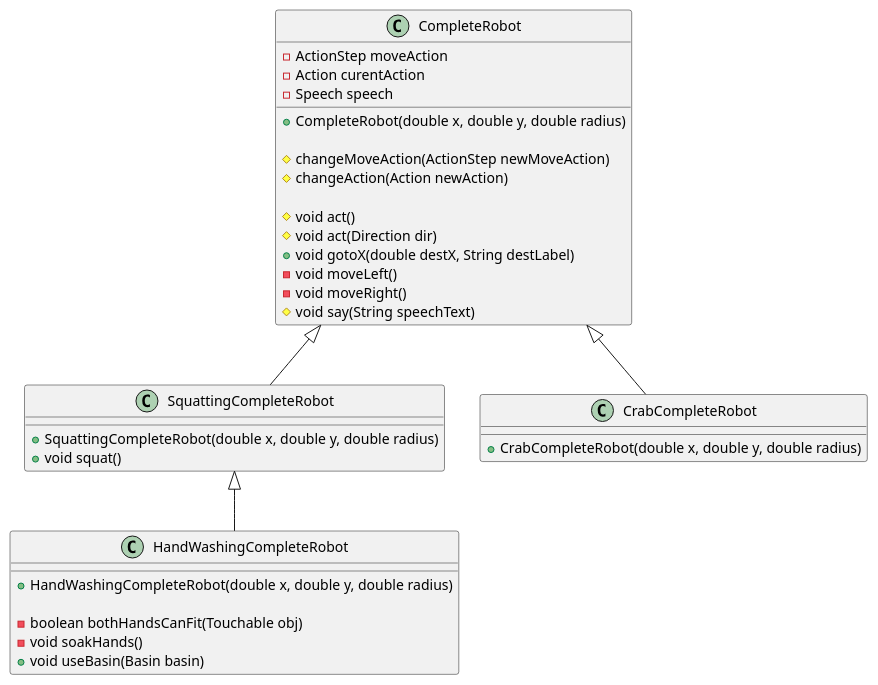
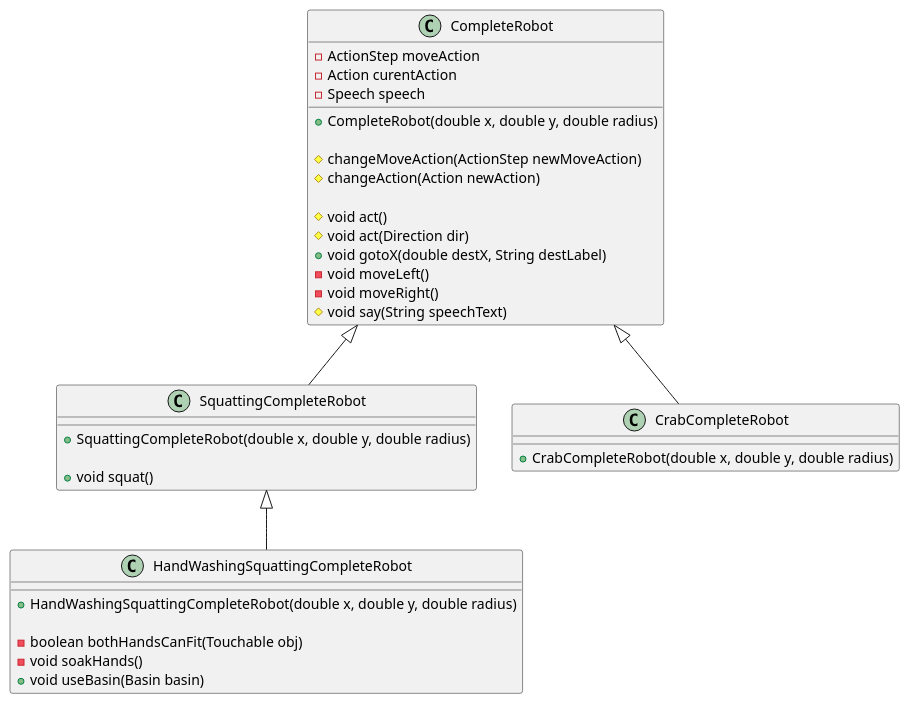
Before and after one commit to wafibismail/cadi-robot: the diagram in PUML/OcpExample.puml, drawn with PlantUML. The commit also changed 3 other files, not shown here.

Commit message:
PUML typo fix: name of HandWashingSquattingCompleteRobot

```diff
--- a/PUML/OcpExample.puml
+++ b/PUML/OcpExample.puml
@@ -1,40 +1,41 @@
 @startuml "OCP Example"
 
 class "CompleteRobot" as CR {
   -ActionStep moveAction
   -Action curentAction
   -Speech speech
 
   +CompleteRobot(double x, double y, double radius)
 
   #changeMoveAction(ActionStep newMoveAction)
   #changeAction(Action newAction)
 
   #void act()
   #void act(Direction dir)
   +void gotoX(double destX, String destLabel)
   -void moveLeft()
   -void moveRight()
   #void say(String speechText)
 }
 
 class "SquattingCompleteRobot" as SCR {
   +SquattingCompleteRobot(double x, double y, double radius)
+  
   +void squat()
 }
 
-class "HandWashingCompleteRobot" as HWCR {
-    +HandWashingCompleteRobot(double x, double y, double radius)
+class "HandWashingSquattingCompleteRobot" as HWCR {
+    +HandWashingSquattingCompleteRobot(double x, double y, double radius)
     
     -boolean bothHandsCanFit(Touchable obj)
     -void soakHands()
     +void useBasin(Basin basin)
 }
 
 class "CrabCompleteRobot" as CCR {
   +CrabCompleteRobot(double x, double y, double radius)
 }
 CR <|-- CCR
 CR <|-- SCR
 SCR <|-- HWCR
 @enduml
```
